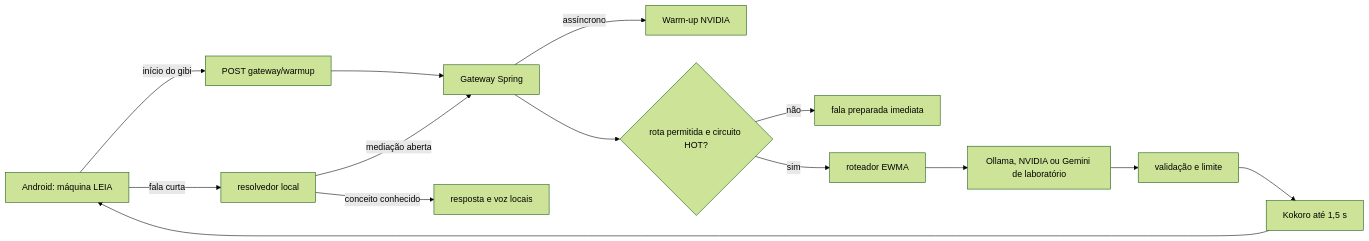
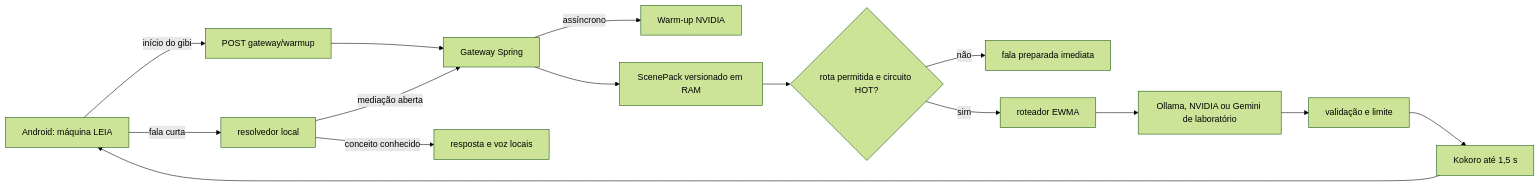
One commit to Victorzinn704/InterpretaAI changed the first of 3 diagrams in docs/AI_GATEWAY_HOT_PATH.md. Above: the diagram before and after it, drawn with Mermaid (forest theme). The commit also changed other lines of this file and 17 other files, not shown here.

````diff
--- a/docs/AI_GATEWAY_HOT_PATH.md
+++ b/docs/AI_GATEWAY_HOT_PATH.md
@@ -11,16 +11,17 @@
 ```mermaid
 flowchart LR
     A[Android: máquina LEIA] -->|início do gibi| B[POST gateway/warmup]
     B --> C[Gateway Spring]
     C -->|assíncrono| D[Warm-up NVIDIA]
     A -->|fala curta| E[resolvedor local]
     E -->|conceito conhecido| F[resposta e voz locais]
     E -->|mediação aberta| C
-    C --> G{rota permitida e circuito HOT?}
+    C --> P[ScenePack versionado em RAM]
+    P --> G{rota permitida e circuito HOT?}
     G -->|não| H[fala preparada imediata]
     G -->|sim| I[roteador EWMA]
     I --> J[Ollama, NVIDIA ou Gemini de laboratório]
     J --> K[validação e limite]
     K --> L[Kokoro até 1,5 s]
     L --> A
 ```
````
